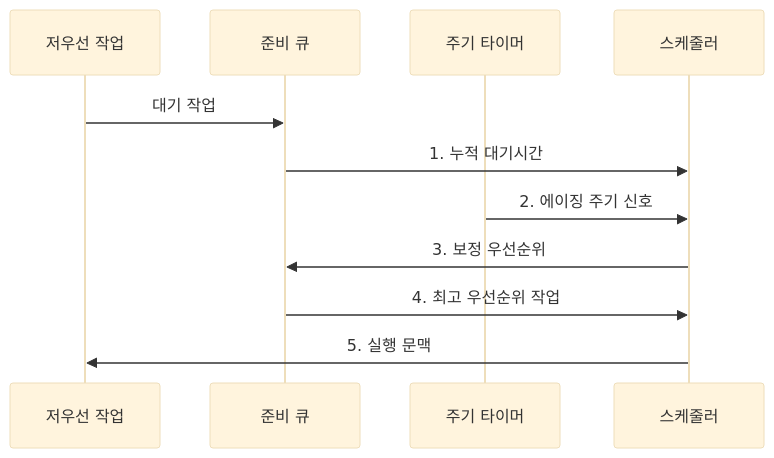
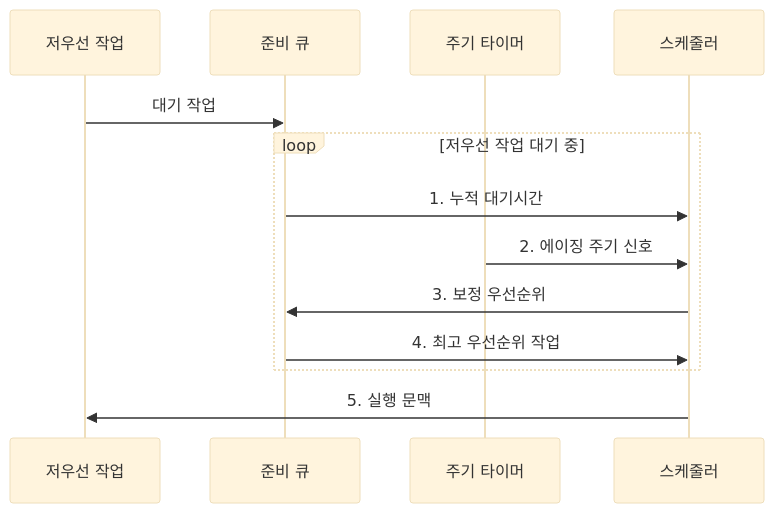
The second of 2 diagrams in src/content/docs/notes/03-software/011_starvation_aging.md (agnusdei1207/knowledge-base), drawn with Mermaid (base theme) before and after one commit. The commit also changed other lines of this file and 12 other files, not shown here.

````diff
--- a/src/content/docs/notes/03-software/011_starvation_aging.md
+++ b/src/content/docs/notes/03-software/011_starvation_aging.md
@@ -100,13 +100,15 @@
 ```mermaid
 sequenceDiagram
     participant P as 저우선 작업
     participant Q as 준비 큐
     participant T as 주기 타이머
     participant S as 스케줄러
     P->>Q: 대기 작업
-    Q->>S: 1. 누적 대기시간
-    T->>S: 2. 에이징 주기 신호
-    S->>Q: 3. 보정 우선순위
-    Q->>S: 4. 최고 우선순위 작업
+    loop 저우선 작업 대기 중
+        Q->>S: 1. 누적 대기시간
+        T->>S: 2. 에이징 주기 신호
+        S->>Q: 3. 보정 우선순위
+        Q->>S: 4. 최고 우선순위 작업
+    end
     S->>P: 5. 실행 문맥
 ```
````
